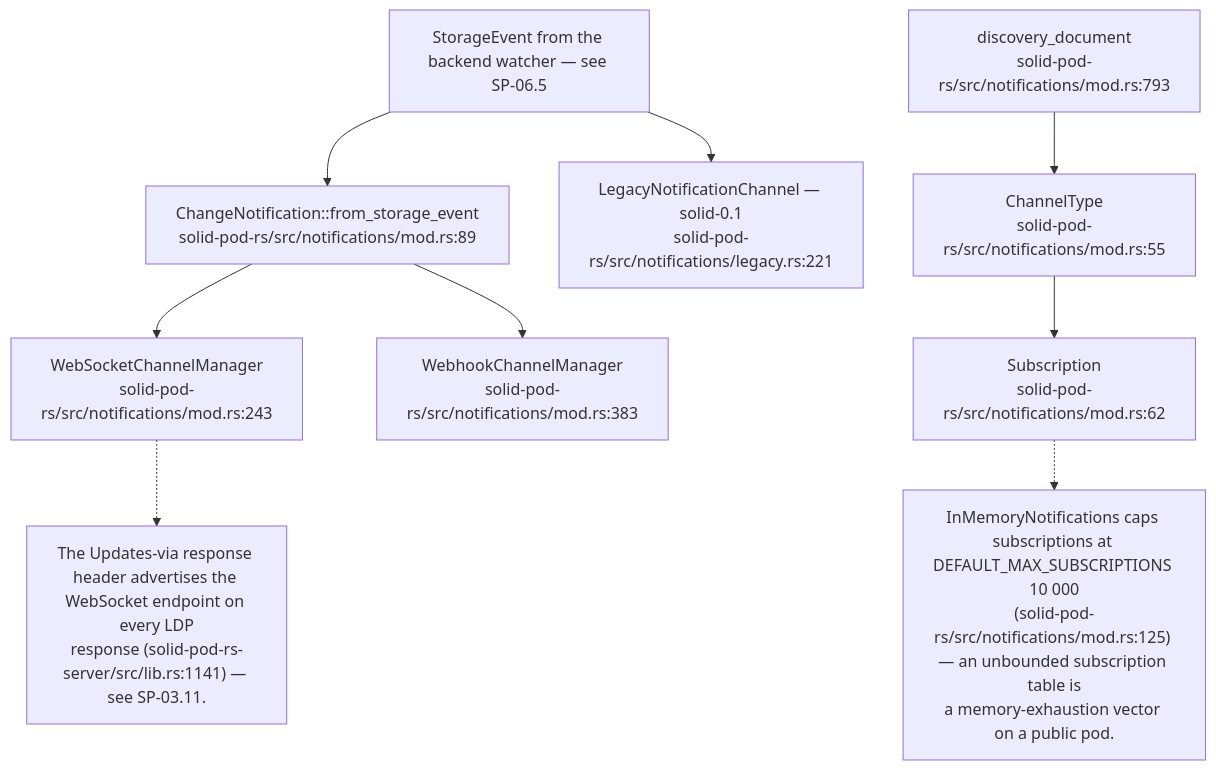
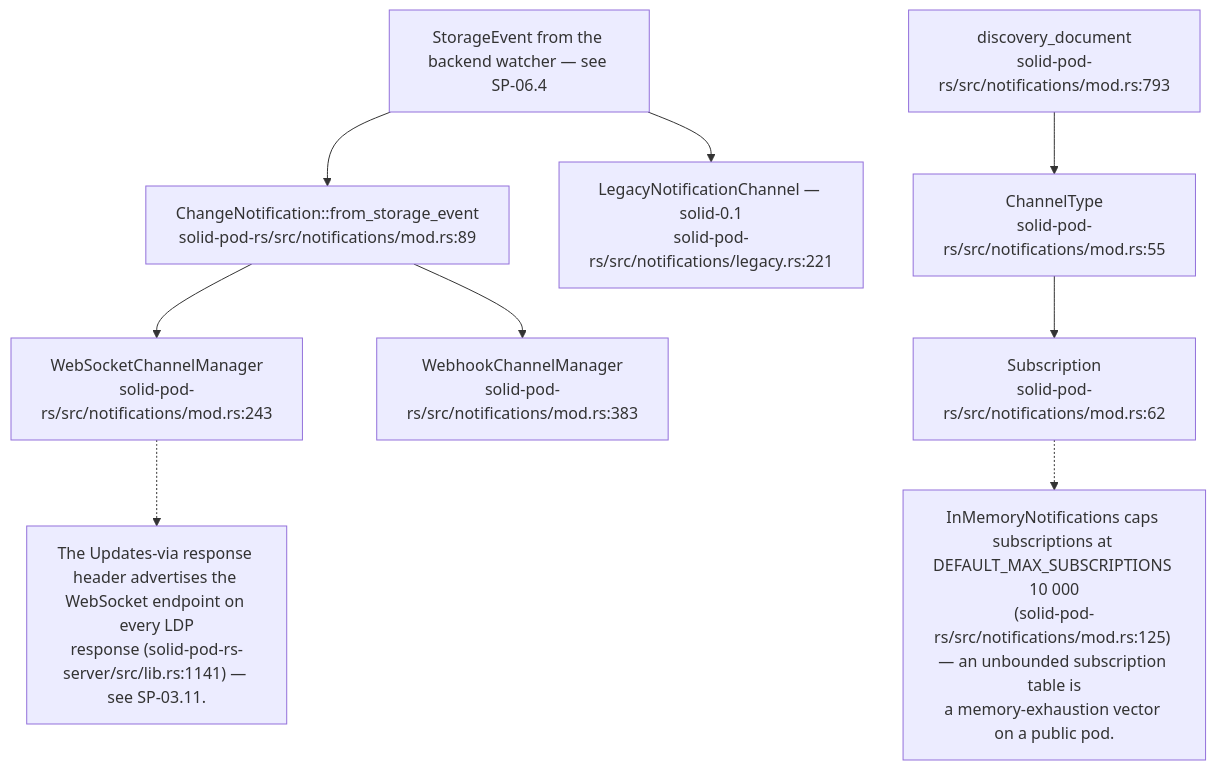
One commit to DreamLab-AI/VisionFlow changed the first of 16 diagrams in docs/diagrams/solid-pod-rs/08-federation-notifications-forge-mcp.md. Above: the diagram before and after it, drawn with Mermaid. The commit also changed other lines of this file and 136 other files, not shown here.

First line of the commit message:
docs(diagrams): refresh the whole corpus to code HEAD and prune low-value diagrams

````diff
--- a/docs/diagrams/solid-pod-rs/08-federation-notifications-forge-mcp.md
+++ b/docs/diagrams/solid-pod-rs/08-federation-notifications-forge-mcp.md
@@ -47,22 +46,22 @@
 ```mermaid
 flowchart TD
-    SE["StorageEvent from the backend watcher — see SP-06.5"]
+    SE["StorageEvent from the backend watcher — see SP-06.4"]
     CN["ChangeNotification::from_storage_event<br/>solid-pod-rs/src/notifications/mod.rs:89"]
     WS["WebSocketChannelManager<br/>solid-pod-rs/src/notifications/mod.rs:243"]
     WH["WebhookChannelManager<br/>solid-pod-rs/src/notifications/mod.rs:383"]
     LEG["LegacyNotificationChannel — solid-0.1<br/>solid-pod-rs/src/notifications/legacy.rs:221"]
     DISC["discovery_document<br/>solid-pod-rs/src/notifications/mod.rs:793"]
     SUB["Subscription<br/>solid-pod-rs/src/notifications/mod.rs:62"]
     CT["ChannelType<br/>solid-pod-rs/src/notifications/mod.rs:55"]
 
     SE --> CN
     CN --> WS
     CN --> WH
     SE --> LEG
     DISC --> CT --> SUB
 
     N["InMemoryNotifications caps subscriptions at DEFAULT_MAX_SUBSCRIPTIONS 10 000<br/>(solid-pod-rs/src/notifications/mod.rs:125) — an unbounded subscription table is<br/>a memory-exhaustion vector on a public pod."]
     SUB -.-> N
     N2["The Updates-via response header advertises the WebSocket endpoint on every LDP<br/>response (solid-pod-rs-server/src/lib.rs:1141) — see SP-03.11."]
     WS -.-> N2
 ```
````
